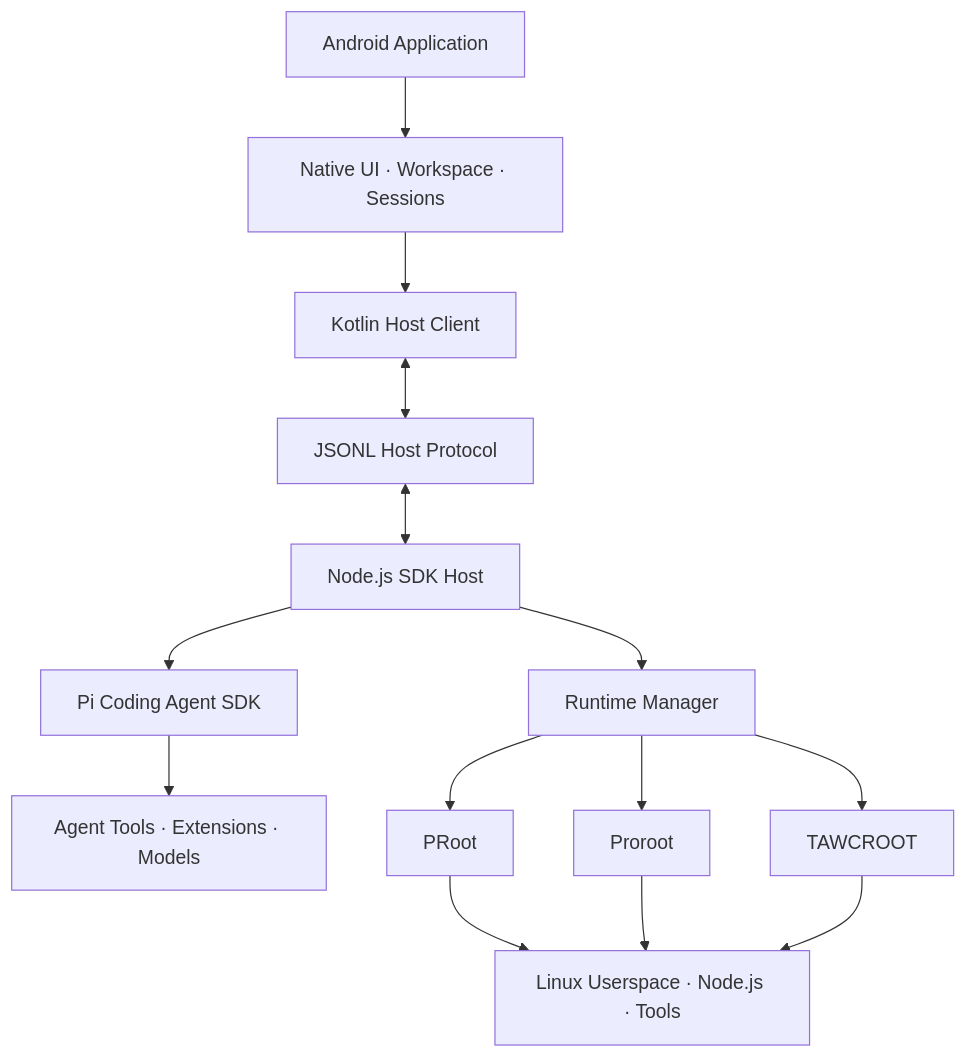
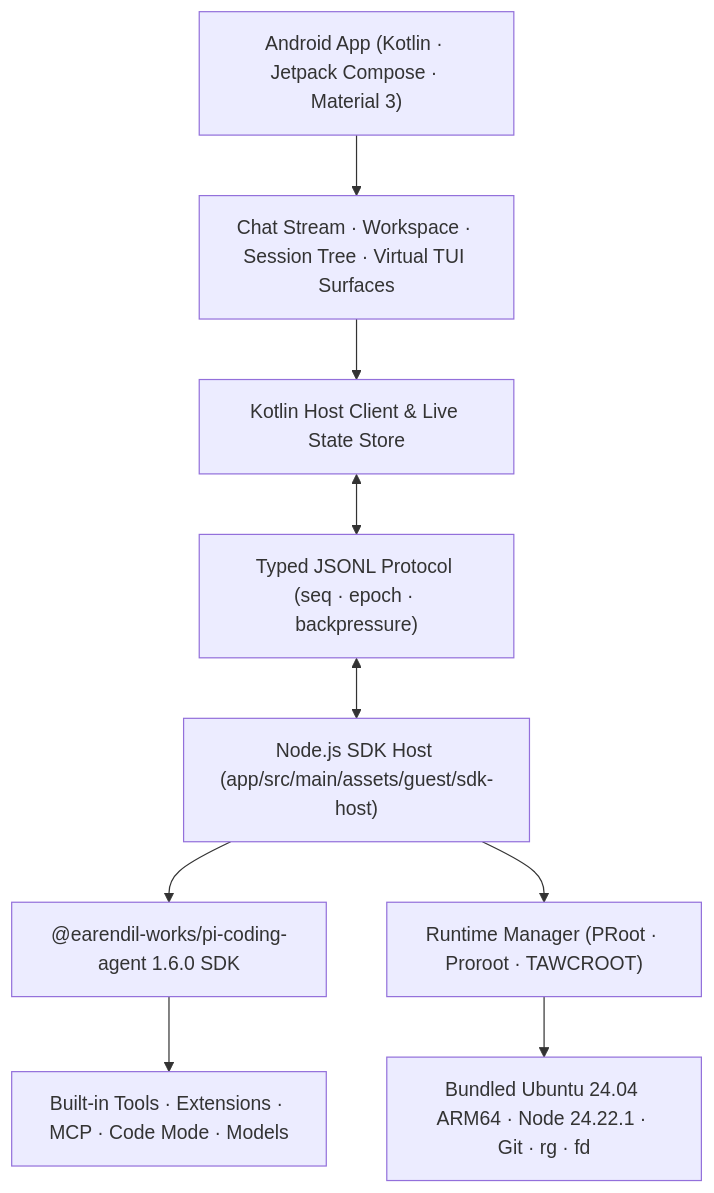
Before and after one commit to zqf20096327/ai_collect: the diagram in data/readmes/heikeyangle-code__pi-android.md, drawn with Mermaid. The commit also changed other lines of this file and 1765 other files, not shown here.

````diff
--- a/data/readmes/heikeyangle-code__pi-android.md
+++ b/data/readmes/heikeyangle-code__pi-android.md
@@ -186,30 +158,22 @@
 ```mermaid
 flowchart TB
-    A["Android Application"]
-    B["Native UI · Workspace · Sessions"]
-    C["Kotlin Host Client"]
-    D["JSONL Host Protocol"]
-    E["Node.js SDK Host"]
-    F["Pi Coding Agent SDK"]
-    G["Agent Tools · Extensions · Models"]
+    A["Android App (Kotlin · Jetpack Compose · Material 3)"]
+    B["Chat Stream · Workspace · Session Tree · Virtual TUI Surfaces"]
+    C["Kotlin Host Client & Live State Store"]
+    D["Typed JSONL Protocol (seq · epoch · backpressure)"]
+    E["Node.js SDK Host (app/src/main/assets/guest/sdk-host)"]
+    F["@earendil-works/pi-coding-agent 1.6.0 SDK"]
+    G["Built-in Tools · Extensions · MCP · Code Mode · Models"]
 
-    H["Runtime Manager"]
-    I["PRoot"]
-    J["Proroot"]
-    K["TAWCROOT"]
-    L["Linux Userspace · Node.js · Tools"]
+    H["Runtime Manager (PRoot · Proroot · TAWCROOT)"]
+    L["Bundled Ubuntu 24.04 ARM64 · Node 24.22.1 · Git · rg · fd"]
 
     A --> B
     B --> C
     C <--> D
     D <--> E
     E --> F
     F --> G
     E --> H
-    H --> I
-    H --> J
-    H --> K
-    I --> L
-    J --> L
-    K --> L
+    H --> L
 ```
````
